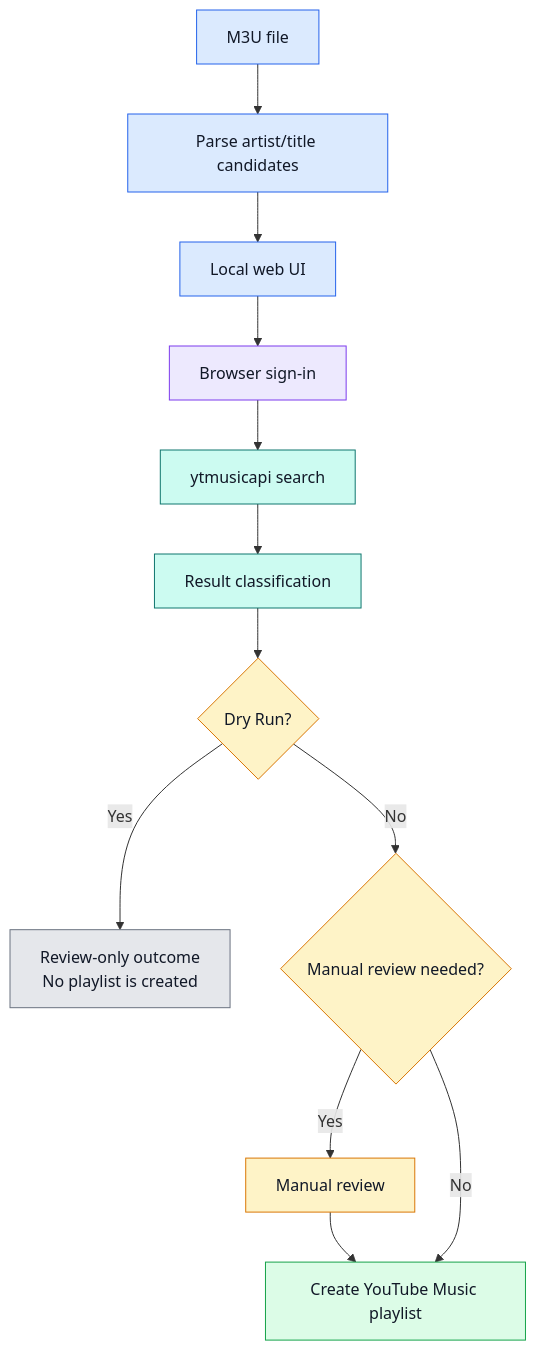
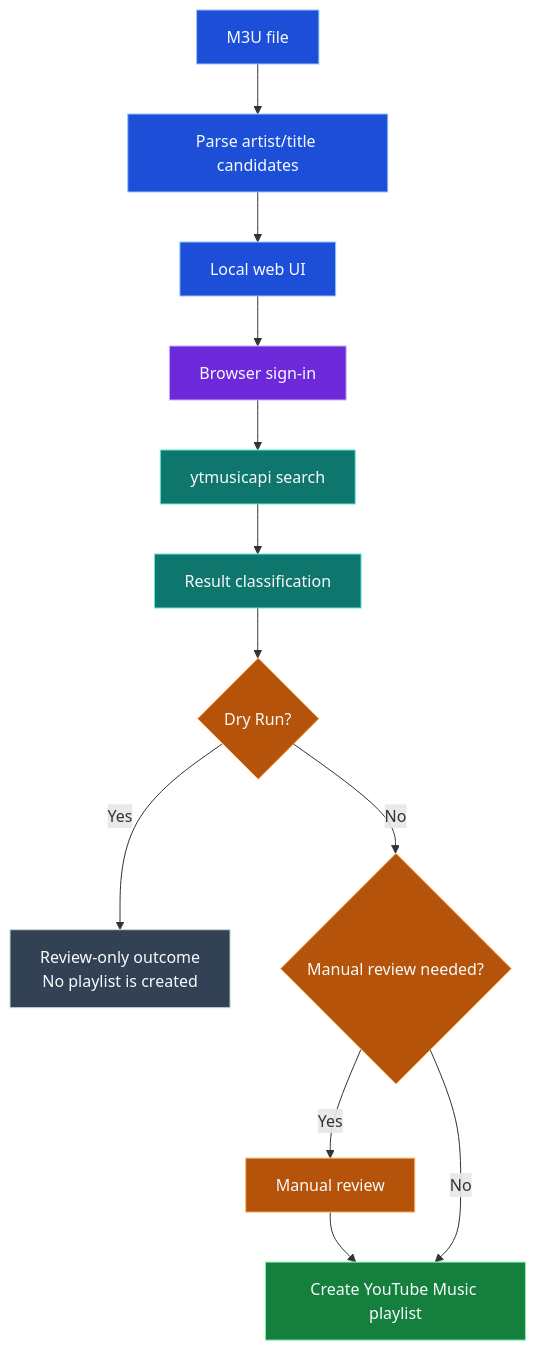
Before and after one commit to Dortecx/El-Exportador: the diagram in README.md, drawn with Mermaid. The commit also changed 1 other file, not shown here.

Commit message:
docs: strengthen workflow diagram contrast

````diff
--- a/README.md
+++ b/README.md
@@ -76,28 +76,28 @@
 ```mermaid
 flowchart TD
     A[M3U file] --> B[Parse artist/title candidates]
     B --> C[Local web UI]
     C --> D[Browser sign-in]
     D --> E[ytmusicapi search]
     E --> F[Result classification]
     F --> G{Dry Run?}
     G -- Yes --> H[Review-only outcome<br/>No playlist is created]
     G -- No --> I{Manual review needed?}
     I -- Yes --> J[Manual review]
     J --> K[Create YouTube Music playlist]
     I -- No --> K
 
-    classDef inputUi fill:#dbeafe,stroke:#2563eb,color:#111827,stroke-width:1px
-    classDef auth fill:#ede9fe,stroke:#7c3aed,color:#111827,stroke-width:1px
-    classDef search fill:#ccfbf1,stroke:#0f766e,color:#111827,stroke-width:1px
-    classDef decisionReview fill:#fef3c7,stroke:#d97706,color:#111827,stroke-width:1px
-    classDef success fill:#dcfce7,stroke:#16a34a,color:#111827,stroke-width:1px
-    classDef dryRun fill:#e5e7eb,stroke:#6b7280,color:#111827,stroke-width:1px
+    classDef inputUi fill:#1d4ed8,stroke:#93c5fd,color:#f8fafc,stroke-width:1px
+    classDef auth fill:#6d28d9,stroke:#c4b5fd,color:#f8fafc,stroke-width:1px
+    classDef search fill:#0f766e,stroke:#5eead4,color:#f8fafc,stroke-width:1px
+    classDef decisionReview fill:#b45309,stroke:#fdba74,color:#f8fafc,stroke-width:1px
+    classDef success fill:#15803d,stroke:#86efac,color:#f8fafc,stroke-width:1px
+    classDef dryRun fill:#334155,stroke:#cbd5e1,color:#f8fafc,stroke-width:1px
 
     class A,B,C inputUi
     class D auth
     class E,F search
     class G,I,J decisionReview
     class K success
     class H dryRun
 ```
````
